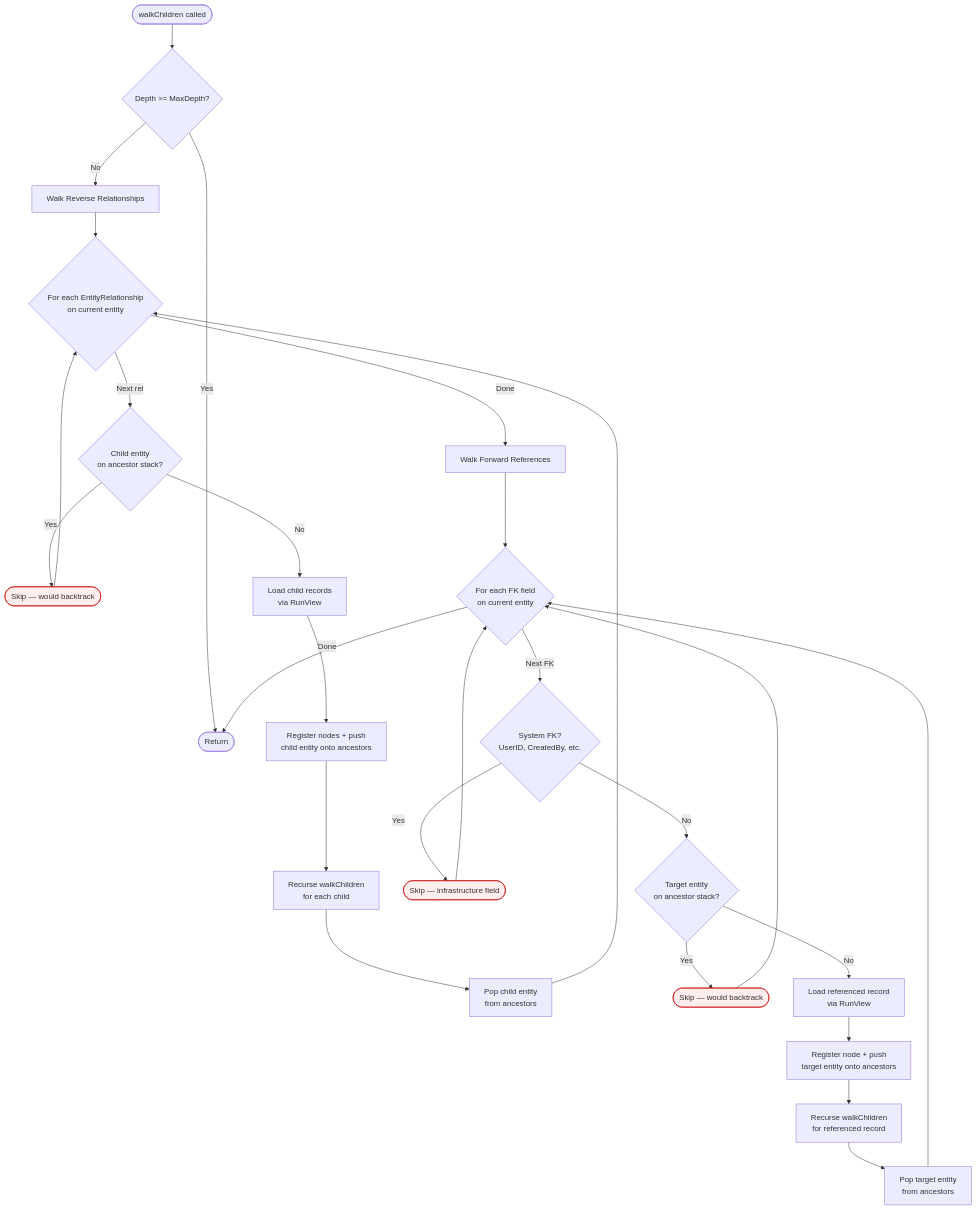
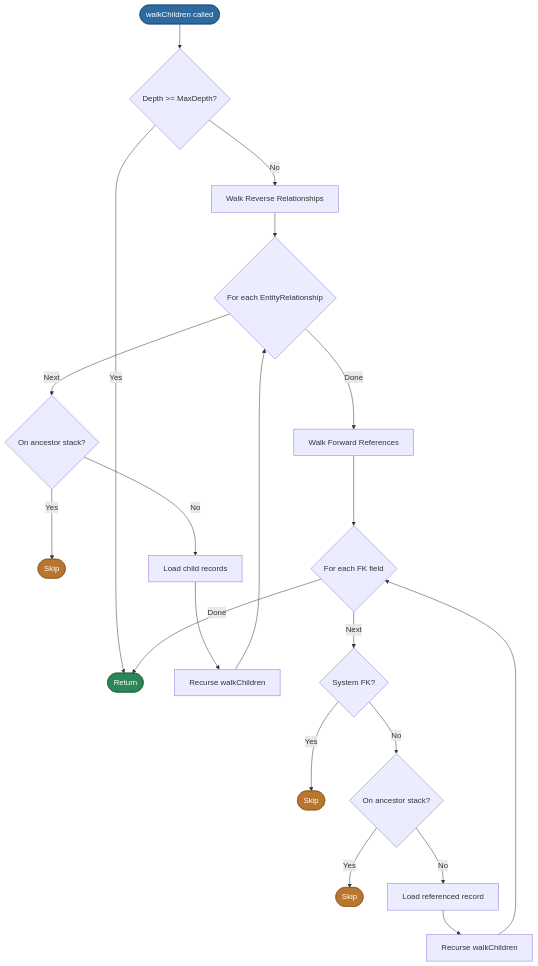
The fourth of 5 diagrams in packages/VersionHistory/README.md (MemberJunction/MJ), drawn with Mermaid before and after one commit. The commit also changed other lines of this file and 65 other files, not shown here.

````diff
--- a/packages/VersionHistory/README.md
+++ b/packages/VersionHistory/README.md
@@ -69,36 +143,30 @@
 ```mermaid
 flowchart TD
-    Start([walkChildren called]) --> DepthCheck{Depth >= MaxDepth?}
-    DepthCheck -->|Yes| Stop([Return])
-    DepthCheck -->|No| Reverse[Walk Reverse Relationships]
+    Start(["walkChildren called"]) --> DepthCheck{"Depth >= MaxDepth?"}
+    DepthCheck -->|Yes| Stop(["Return"])
+    DepthCheck -->|No| Reverse["Walk Reverse Relationships"]
 
-    Reverse --> ReverseLoop{For each EntityRelationship<br/>on current entity}
-    ReverseLoop -->|Next rel| AncestorCheckR{Child entity<br/>on ancestor stack?}
-    AncestorCheckR -->|Yes| SkipR([Skip — would backtrack])
-    AncestorCheckR -->|No| LoadChildren[Load child records<br/>via RunView]
-    LoadChildren --> RegisterR[Register nodes + push<br/>child entity onto ancestors]
-    RegisterR --> RecurseR[Recurse walkChildren<br/>for each child]
-    RecurseR --> PopR[Pop child entity<br/>from ancestors]
-    PopR --> ReverseLoop
+    Reverse --> ReverseLoop{"For each EntityRelationship"}
+    ReverseLoop -->|Next| AncestorR{"On ancestor stack?"}
+    AncestorR -->|Yes| SkipR(["Skip"])
+    AncestorR -->|No| LoadChildren["Load child records"]
+    LoadChildren --> RecurseR["Recurse walkChildren"]
+    RecurseR --> ReverseLoop
 
-    ReverseLoop -->|Done| Forward[Walk Forward References]
-    Forward --> ForwardLoop{For each FK field<br/>on current entity}
-    ForwardLoop -->|Next FK| SystemCheck{System FK?<br/>UserID, CreatedBy, etc.}
-    SystemCheck -->|Yes| SkipF([Skip — infrastructure field])
-    SystemCheck -->|No| AncestorCheckF{Target entity<br/>on ancestor stack?}
-    AncestorCheckF -->|Yes| SkipF2([Skip — would backtrack])
-    AncestorCheckF -->|No| LoadTarget[Load referenced record<br/>via RunView]
-    LoadTarget --> RegisterF[Register node + push<br/>target entity onto ancestors]
-    RegisterF --> RecurseF[Recurse walkChildren<br/>for referenced record]
-    RecurseF --> PopF[Pop target entity<br/>from ancestors]
-    PopF --> ForwardLoop
+    ReverseLoop -->|Done| Forward["Walk Forward References"]
+    Forward --> ForwardLoop{"For each FK field"}
+    ForwardLoop -->|Next| SystemCheck{"System FK?"}
+    SystemCheck -->|Yes| SkipF(["Skip"])
+    SystemCheck -->|No| AncestorF{"On ancestor stack?"}
+    AncestorF -->|Yes| SkipF2(["Skip"])
+    AncestorF -->|No| LoadTarget["Load referenced record"]
+    LoadTarget --> RecurseF["Recurse walkChildren"]
+    RecurseF --> ForwardLoop
     ForwardLoop -->|Done| Stop
 
-    SkipR --> ReverseLoop
-    SkipF --> ForwardLoop
-    SkipF2 --> ForwardLoop
-
-    style SkipR fill:#fee,stroke:#c00
-    style SkipF fill:#fee,stroke:#c00
-    style SkipF2 fill:#fee,stroke:#c00
+    style SkipR fill:#b8762f,stroke:#8a5722,color:#fff
+    style SkipF fill:#b8762f,stroke:#8a5722,color:#fff
+    style SkipF2 fill:#b8762f,stroke:#8a5722,color:#fff
+    style Start fill:#2d6a9f,stroke:#1a4971,color:#fff
+    style Stop fill:#2d8659,stroke:#1a5c3a,color:#fff
 ```
````
